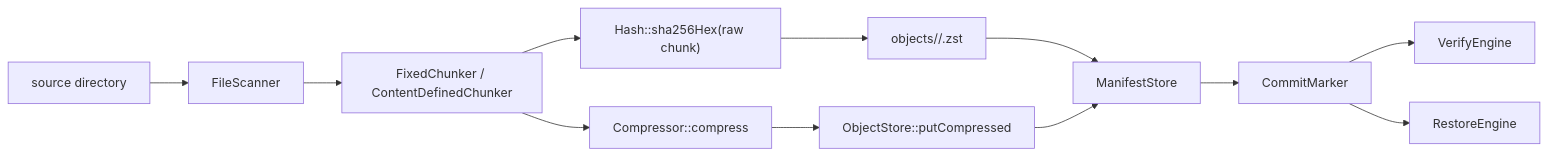
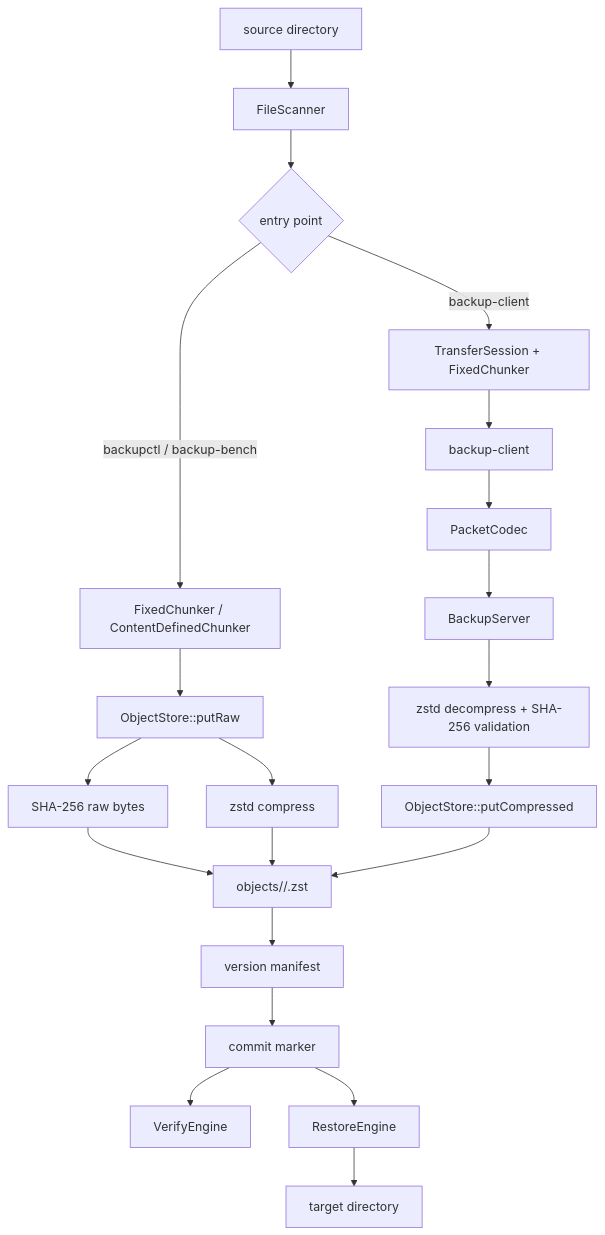
The second of 7 diagrams in docs/diagrams.md (JiaChangGit/cpp-data-protection-core), drawn with Mermaid before and after one commit. The commit also changed other lines of this file and 23 other files, not shown here.

````diff
--- a/docs/diagrams.md
+++ b/docs/diagrams.md
@@ -30,14 +37,26 @@
 ```mermaid
-flowchart LR
+flowchart TD
     Input["source directory"] --> Scan["FileScanner"]
-    Scan --> Chunk["FixedChunker / ContentDefinedChunker"]
-    Chunk --> RawHash["Hash::sha256Hex(raw chunk)"]
-    Chunk --> Zstd["Compressor::compress"]
-    RawHash --> Path["objects/<prefix>/<sha>.zst"]
-    Zstd --> Obj["ObjectStore::putCompressed"]
-    Path --> Manifest["ManifestStore"]
-    Obj --> Manifest
-    Manifest --> Commit["CommitMarker"]
+    Scan --> Entry{"entry point"}
+    Entry -->|"backupctl / backup-bench"| LocalChunk["FixedChunker / ContentDefinedChunker"]
+    Entry -->|"backup-client"| Transfer["TransferSession + FixedChunker"]
+
+    LocalChunk --> PutRaw["ObjectStore::putRaw"]
+    PutRaw --> Hash["SHA-256 raw bytes"]
+    PutRaw --> Compress["zstd compress"]
+
+    Transfer --> Client["backup-client"]
+    Client --> Packet["PacketCodec"]
+    Packet --> Server["BackupServer"]
+    Server --> Decompress["zstd decompress + SHA-256 validation"]
+    Decompress --> PutCompressed["ObjectStore::putCompressed"]
+
+    Hash --> Object["objects/<prefix>/<sha>.zst"]
+    Compress --> Object
+    PutCompressed --> Object
+    Object --> Manifest["version manifest"]
+    Manifest --> Commit["commit marker"]
     Commit --> Verify["VerifyEngine"]
     Commit --> Restore["RestoreEngine"]
+    Restore --> Output["target directory"]
 ```
````
